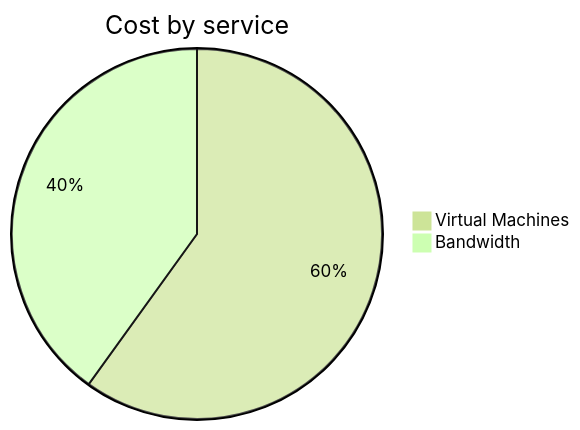
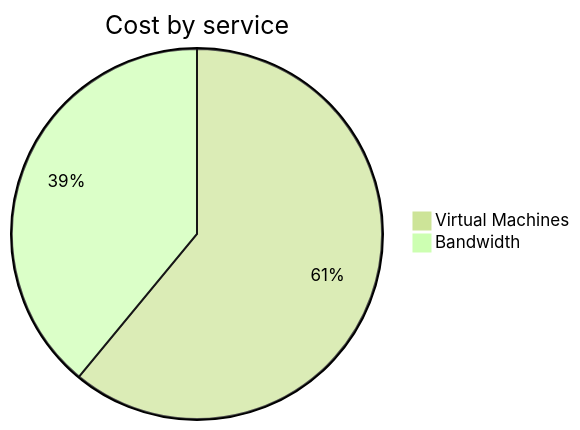
One commit to jpfulton/azure-personal-reports changed the second of 4 diagrams in cost-reports/personal-network/vpn-server.md. Above: the diagram before and after it, drawn with Mermaid (forest theme). The commit also changed other lines of this file and 8 other files, not shown here.

````diff
--- a/cost-reports/personal-network/vpn-server.md
+++ b/cost-reports/personal-network/vpn-server.md
@@ -94,6 +94,6 @@
 ```mermaid
 pie
    title Cost by service
-   "Virtual Machines" : 3.98
+   "Virtual Machines" : 4.16
    "Bandwidth" : 2.66
 ```
````
